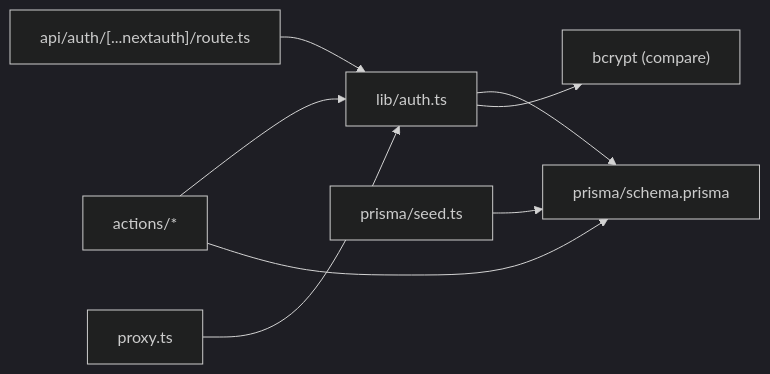
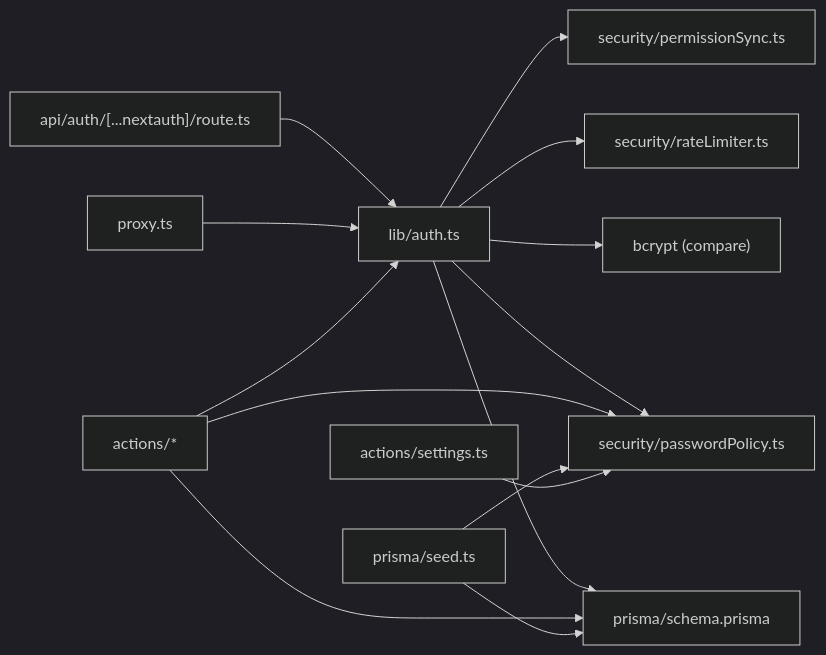
Before and after one commit to bazs69/ApsAsrama: the fifth of 5 diagrams in .qoder/repowiki/en/content/Authentication & Authorization/Authentication & Authorization.md, drawn with Mermaid (dark theme). The commit also changed other lines of this file and 293 other files, not shown here.

````diff
--- a/.qoder/repowiki/en/content/Authentication & Authorization/Authentication & Authorization.md
+++ b/.qoder/repowiki/en/content/Authentication & Authorization/Authentication & Authorization.md
@@ -298,10 +420,16 @@
 ```mermaid
 graph LR
 RouteHandler["api/auth/[...nextauth]/route.ts"] --> AuthConfig["lib/auth.ts"]
 AuthConfig --> Prisma["prisma/schema.prisma"]
 AuthConfig --> Bcrypt["bcrypt (compare)"]
+AuthConfig --> RateLimiter["security/rateLimiter.ts"]
+AuthConfig --> PermissionSync["security/permissionSync.ts"]
+AuthConfig --> PasswordPolicy["security/passwordPolicy.ts"]
 Middleware["proxy.ts"] --> AuthConfig
 Actions["actions/*"] --> AuthConfig
 Actions --> Prisma
+Actions --> PasswordPolicy
 Seed["prisma/seed.ts"] --> Prisma
+Seed --> PasswordPolicy
+Settings["actions/settings.ts"] --> PasswordPolicy
 ```
````
